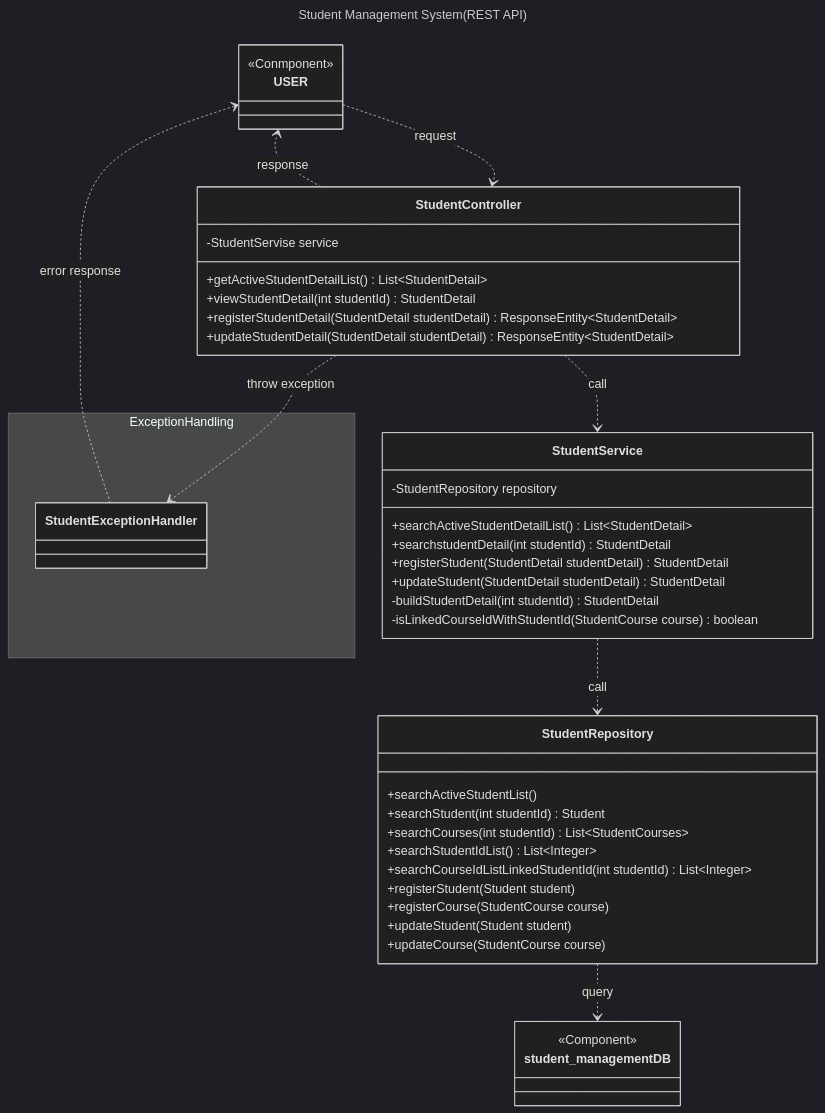
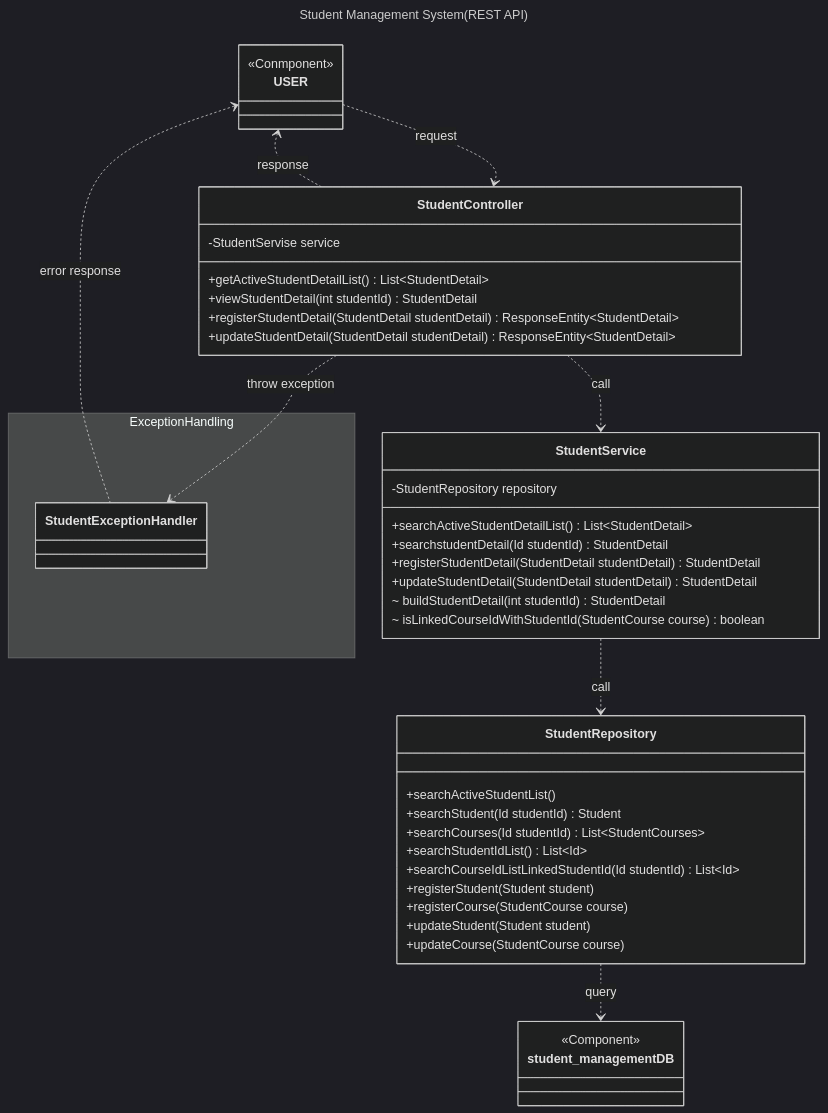
Before and after one commit to saway261/StudentManagement: the fifth of 7 diagrams in README.md, drawn with Mermaid (dark theme).

Commit message:
docs: README修正(クラス図) StudentServieのメソッド名を修正した。また、studentId, courseIdの型として使用していたint型をId型に修正

````diff
--- a/README.md
+++ b/README.md
@@ -154,55 +154,55 @@
 ```mermaid
 ---
 title: Student Management System(REST API)
 ---
 classDiagram
     class USER {
         <<Conmponent>>
     }
     class student_managementDB {
         <<Component>>
     }
     USER ..> StudentController: request
     direction TB
     StudentController ..> USER: response
     StudentController ..> StudentService: call
     StudentService ..> StudentRepository: call
     StudentRepository ..> student_management DB: query
 
     class StudentController {
         -StudentServise service
         +getActiveStudentDetailList() List~StudentDetail~
         +viewStudentDetail(int studentId) StudentDetail
         +registerStudentDetail(StudentDetail studentDetail) ResponseEntity~StudentDetail~
         +updateStudentDetail(StudentDetail studentDetail) ResponseEntity~StudentDetail~
     }
     class StudentService {
         -StudentRepository repository
         +searchActiveStudentDetailList() List~StudentDetail~
-        +searchstudentDetail(int studentId) StudentDetail
-        +registerStudent(StudentDetail studentDetail) StudentDetail
-        +updateStudent(StudentDetail studentDetail) StudentDetail
-        -buildStudentDetail(int studentId) StudentDetail
-        -isLinkedCourseIdWithStudentId(StudentCourse course) boolean
+        +searchstudentDetail(Id studentId) StudentDetail
+        +registerStudentDetail(StudentDetail studentDetail) StudentDetail
+        +updateStudentDetail(StudentDetail studentDetail) StudentDetail
+        ~ buildStudentDetail(int studentId) StudentDetail
+        ~ isLinkedCourseIdWithStudentId(StudentCourse course) boolean
     }
     class StudentRepository {
         +searchActiveStudentList()
-        +searchStudent(int studentId) Student
-        +searchCourses(int studentId) List~StudentCourses~
-        +searchStudentIdList() List~Integer~
-        +searchCourseIdListLinkedStudentId(int studentId) List~Integer~
+        +searchStudent(Id studentId) Student
+        +searchCourses(Id studentId) List~StudentCourses~
+        +searchStudentIdList() List~Id~
+        +searchCourseIdListLinkedStudentId(Id studentId) List~Id~
         +registerStudent(Student student)
         +registerCourse(StudentCourse course)
         +updateStudent(Student student)
         +updateCourse(StudentCourse course)
     }
     namespace ExceptionHandling {
         class StudentExceptionHandler {
         }
     }
 
     StudentController ..> StudentExceptionHandler: throw exception
     USER <.. StudentExceptionHandler: error response
 
 
 ```
````
